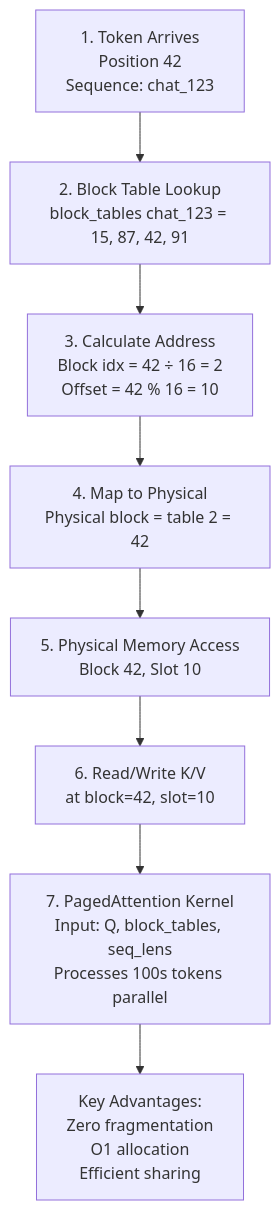
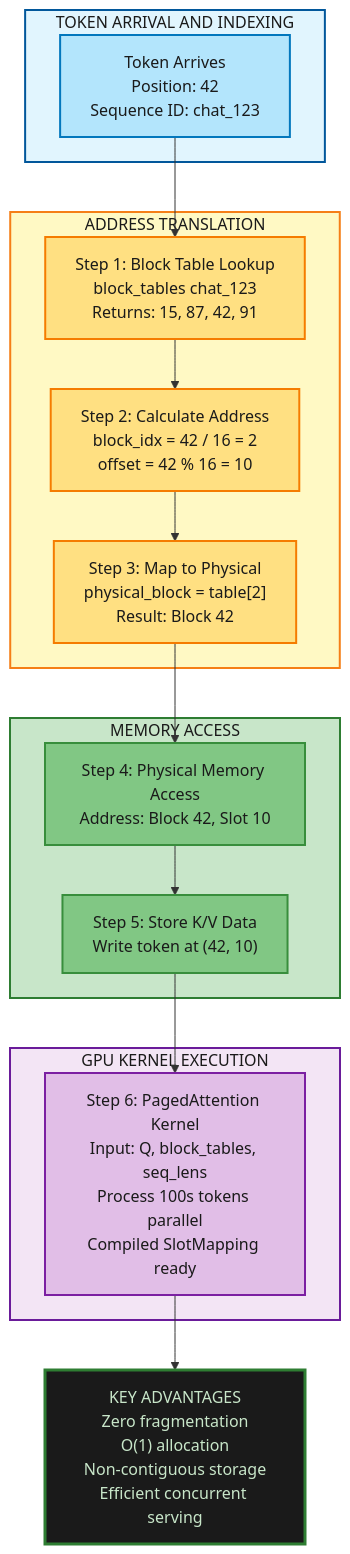
Before and after one commit to Shahriarin2garden/vllm_from_scratch: the sixth of 9 diagrams in lab0.3/README.md, drawn with Mermaid. The commit also changed other lines of this file, not shown here.

Commit message:
Enhance Lab 0.3 README with detailed diagrams for KV cache operations, memory fragmentation, and performance metrics

````diff
--- a/lab0.3/README.md
+++ b/lab0.3/README.md
@@ -455,22 +507,47 @@
 ```mermaid
 graph TD
-    T1[1. Token Arrives<br/>Position 42<br/>Sequence: chat_123]
+    subgraph REQUEST["TOKEN ARRIVAL AND INDEXING"]
+        T1["Token Arrives<br/>Position: 42<br/>Sequence ID: chat_123"]
+    end
     
-    BT[2. Block Table Lookup<br/>block_tables chat_123 = 15, 87, 42, 91]
+    subgraph TRANSLATION["ADDRESS TRANSLATION"]
+        BT["Step 1: Block Table Lookup<br/>block_tables chat_123<br/>Returns: 15, 87, 42, 91"]
+        
+        Calc["Step 2: Calculate Address<br/>block_idx = 42 / 16 = 2<br/>offset = 42 % 16 = 10"]
+        
+        Map["Step 3: Map to Physical<br/>physical_block = table[2]<br/>Result: Block 42"]
+    end
     
-    Calc[3. Calculate Address<br/>Block idx = 42 ÷ 16 = 2<br/>Offset = 42 % 16 = 10]
+    subgraph MEMORY["MEMORY ACCESS"]
+        PM["Step 4: Physical Memory Access<br/>Address: Block 42, Slot 10"]
+        
+        Read["Step 5: Store K/V Data<br/>Write token at (42, 10)"]
+    end
     
-    Map[4. Map to Physical<br/>Physical block = table 2 = 42]
+    subgraph KERNEL["GPU KERNEL EXECUTION"]
+        Kernel["Step 6: PagedAttention Kernel<br/>Input: Q, block_tables, seq_lens<br/>Process 100s tokens parallel<br/>Compiled SlotMapping ready"]
+    end
     
-    PM[5. Physical Memory Access<br/>Block 42, Slot 10]
+    BENEFITS["KEY ADVANTAGES<br/>Zero fragmentation<br/>O(1) allocation<br/>Non-contiguous storage<br/>Efficient concurrent serving"]
     
-    Read[6. Read/Write K/V<br/>at block=42, slot=10]
+    T1 --> BT
+    BT --> Calc
+    Calc --> Map
+    Map --> PM
+    PM --> Read
+    Read --> Kernel
+    Kernel --> BENEFITS
     
-    Kernel[7. PagedAttention Kernel<br/>Input: Q, block_tables, seq_lens<br/>Processes 100s tokens parallel]
-    
-    T1 --> BT --> Calc --> Map --> PM --> Read --> Kernel
-    
-    Efficiency[Key Advantages:<br/>Zero fragmentation<br/>O1 allocation<br/>Efficient sharing]
-    
-    Kernel --> Efficiency
+    style REQUEST fill:#e1f5fe,stroke:#01579b,stroke-width:2px,color:#1a1a1a
+    style T1 fill:#b3e5fc,stroke:#0277bd,stroke-width:2px,color:#1a1a1a
+    style TRANSLATION fill:#fff9c4,stroke:#f57f17,stroke-width:2px,color:#1a1a1a
+    style BT fill:#ffe082,stroke:#f57c00,stroke-width:2px,color:#1a1a1a
+    style Calc fill:#ffe082,stroke:#f57c00,stroke-width:2px,color:#1a1a1a
+    style Map fill:#ffe082,stroke:#f57c00,stroke-width:2px,color:#1a1a1a
+    style MEMORY fill:#c8e6c9,stroke:#2e7d32,stroke-width:2px,color:#1a1a1a
+    style PM fill:#81c784,stroke:#388e3c,stroke-width:2px,color:#1a1a1a
+    style Read fill:#81c784,stroke:#388e3c,stroke-width:2px,color:#1a1a1a
+    style KERNEL fill:#f3e5f5,stroke:#6a1b9a,stroke-width:2px,color:#1a1a1a
+    style Kernel fill:#e1bee7,stroke:#7b1fa2,stroke-width:2px,color:#1a1a1a
+    style BENEFITS fill:#1a1a1a,color:#c8e6c9,stroke:#2e7d32,stroke-width:3px
 ```
````
